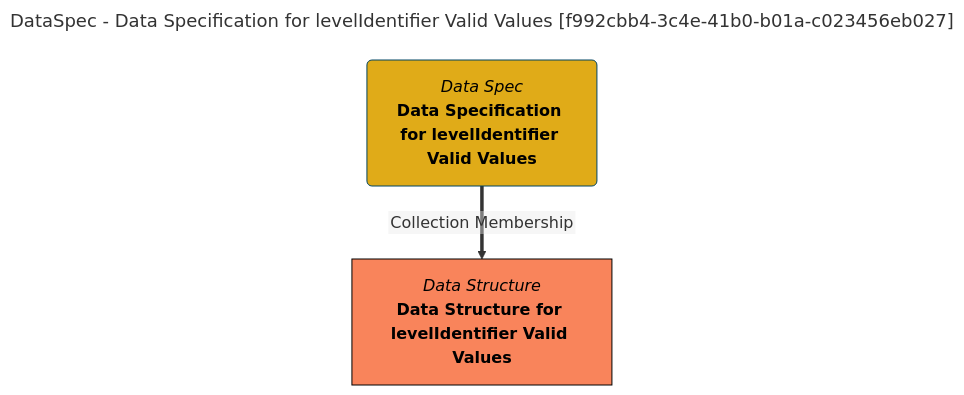
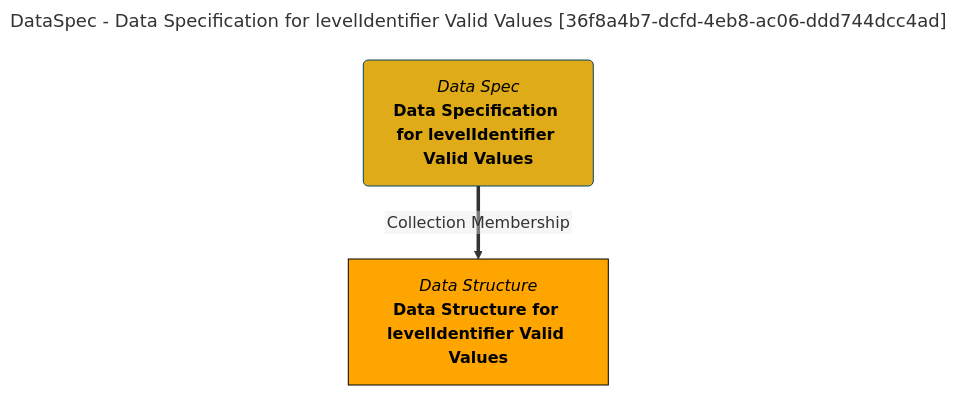
The diagram in site/snippets/collections/data-specs/data-specification-for-levelidentifier-valid-values-mermaid-graph.md (odpi/egeria-docs), drawn with Mermaid before and after one commit. The commit also changed 2201 other files, not shown here.

````diff
--- a/site/snippets/collections/data-specs/data-specification-for-levelidentifier-valid-values-mermaid-graph.md
+++ b/site/snippets/collections/data-specs/data-specification-for-levelidentifier-valid-values-mermaid-graph.md
@@ -1,15 +1,15 @@
 ```mermaid
 ---
-title: DataSpec - Data Specification for levelIdentifier Valid Values [f992cbb4-3c4e-41b0-b01a-c023456eb027]
+title: DataSpec - Data Specification for levelIdentifier Valid Values [36f8a4b7-dcfd-4eb8-ac06-ddd744dcc4ad]
 ---
 flowchart TD
 %%{init: {"flowchart": {"htmlLabels": false}} }%%
 
 1@{ shape: rounded, label: "*Data Spec*
 **Data Specification for levelIdentifier Valid Values**"}
 2@{ shape: rect, label: "*Data Structure*
 **Data Structure for levelIdentifier Valid Values**"}
 1==>|"Collection Membership"|2
 style 1 color:#000000, fill:#e0ab18, stroke:#004563
-style 2 color:#000000, fill:#f9845b, stroke:#000000
+style 2 color:#000000, fill:#FFA500, stroke:#000000
 ```
````
